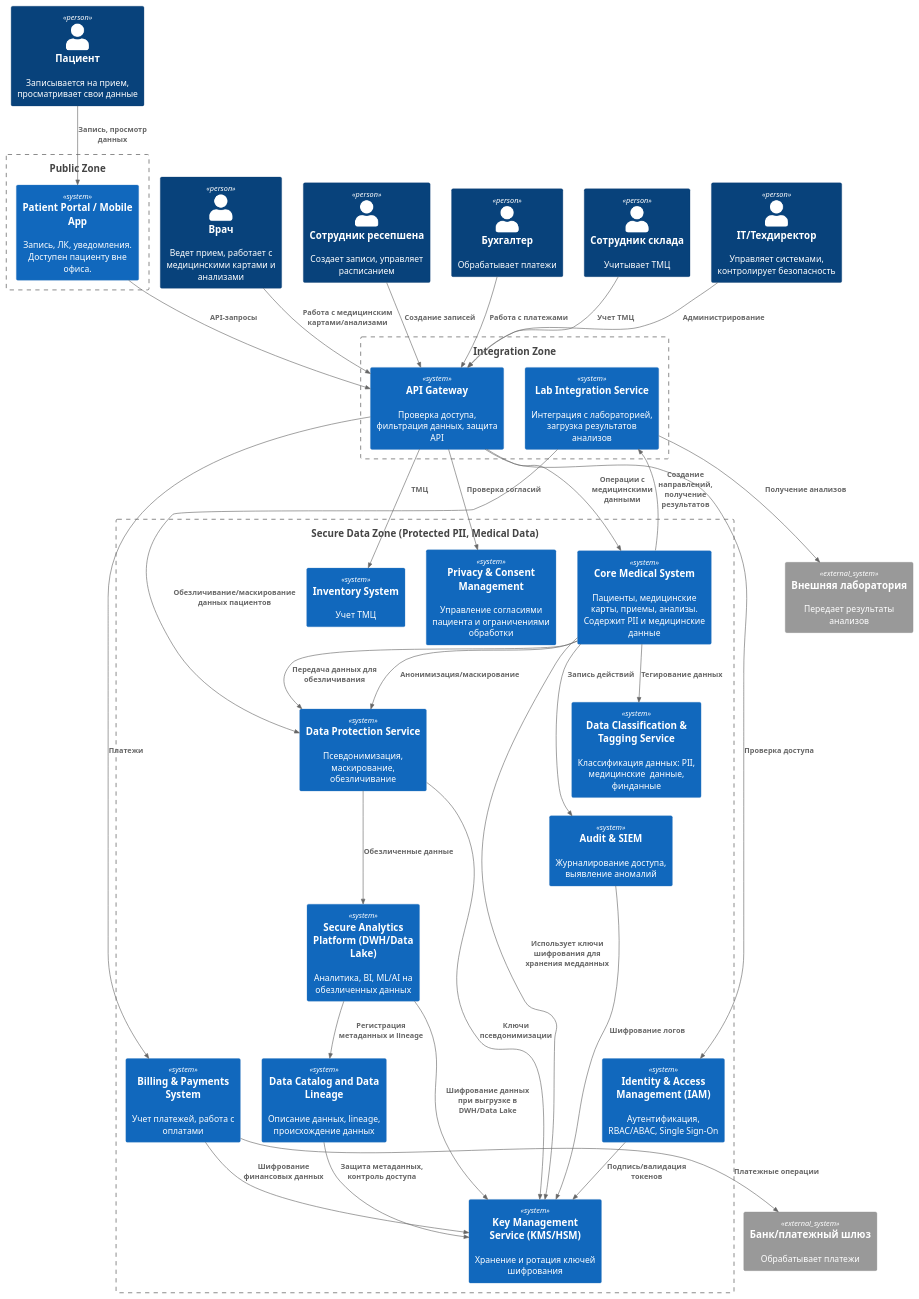
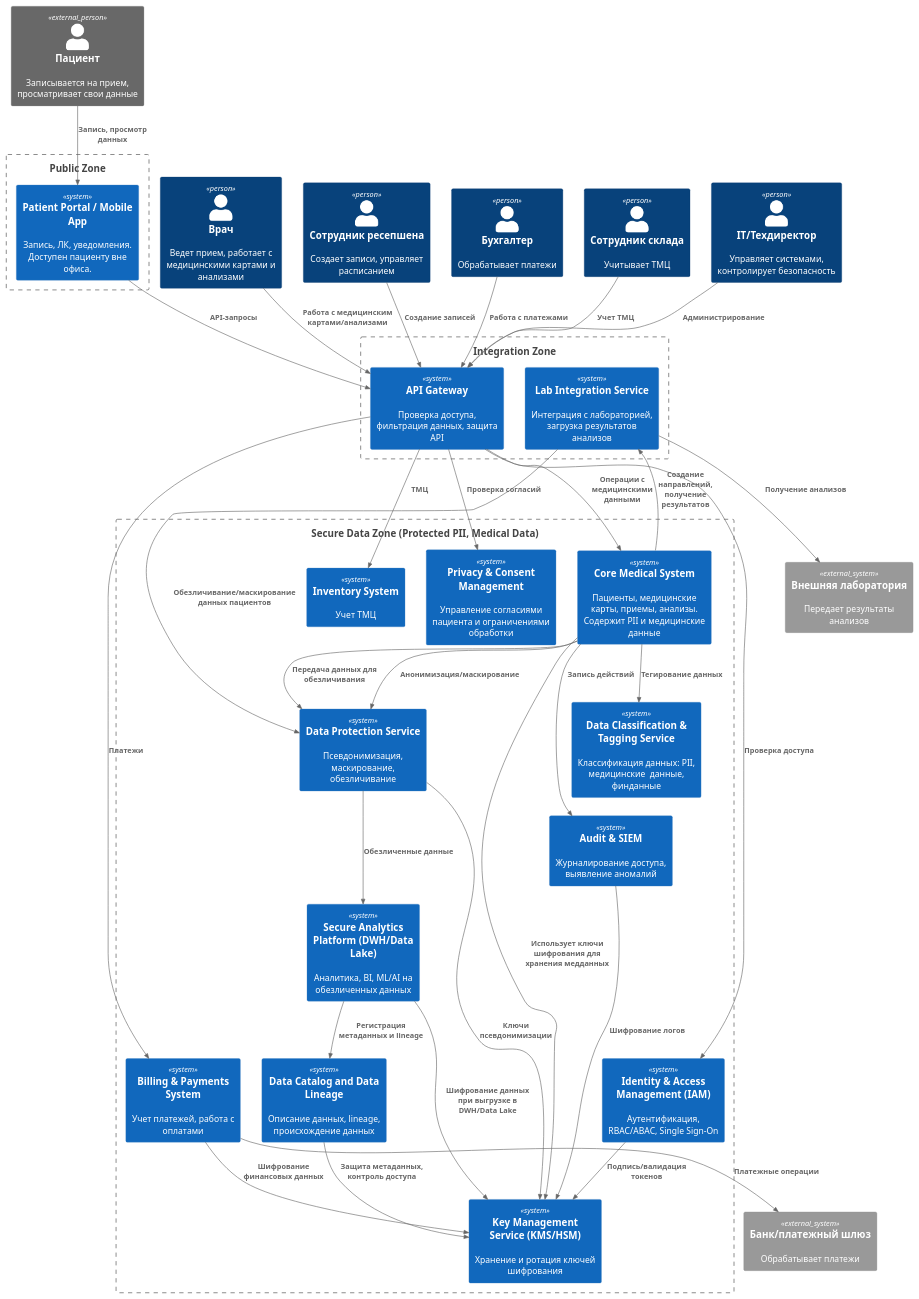
One commit to exbicoitstudy/architecture-medikamente changed the diagram in Task2/context_diagram.puml. Above: the diagram before and after it, drawn with PlantUML. The commit also changed 1 other file, not shown here.

Commit message:
Диаграммы потоков

```diff
--- a/Task2/context_diagram.puml
+++ b/Task2/context_diagram.puml
@@ -1,89 +1,89 @@
 @startuml C4_Context
 !include https://raw.githubusercontent.com/plantuml-stdlib/C4-PlantUML/master/C4_Context.puml
 
-Person(patient, "Пациент", "Записывается на прием, просматривает свои данные")
+Person_Ext(patient, "Пациент", "Записывается на прием, просматривает свои данные")
 Person(doctor, "Врач", "Ведет прием, работает с медицинскими картами и анализами")
 Person(reception, "Сотрудник ресепшена", "Создает записи, управляет расписанием")
 Person(accountant, "Бухгалтер", "Обрабатывает платежи")
 Person(warehouse, "Сотрудник склада", "Учитывает ТМЦ")
 Person(admin, "IT/Техдиректор", "Управляет системами, контролирует безопасность")
 
 System_Ext(lab, "Внешняя лаборатория", "Передает результаты анализов")
 
 System_Ext(bank, "Банк/платежный шлюз", "Обрабатывает платежи")
 
 Boundary(publicZone, "Public Zone") {
     System(patientPortal, "Patient Portal / Mobile App", "Запись, ЛК, уведомления. Доступен пациенту вне офиса.")
 }
 
 
 Boundary(dmzZone, "Integration Zone") {
     System(apiGateway, "API Gateway", "Проверка доступа, фильтрация данных, защита API")
     System(labIntegration, "Lab Integration Service", "Интеграция с лабораторией, загрузка результатов анализов")
 }
 
 
 Boundary(secureZone, "Secure Data Zone (Protected PII, Medical Data)") {
 
     System(coreMedical, "Core Medical System", "Пациенты, медицинские карты, приемы, анализы. Содержит PII и медицинские данные")
 
     System(billing, "Billing & Payments System", "Учет платежей, работа с оплатами")
 
     System(inventory, "Inventory System", "Учет ТМЦ")
 
     System(securityIAM, "Identity & Access Management (IAM)", "Аутентификация, RBAC/ABAC, Single Sign-On")
 
     System(consent, "Privacy & Consent Management", "Управление согласиями пациента и ограничениями обработки")
 
     System(dataTagging, "Data Classification & Tagging Service", "Классификация данных: PII, медицинские  данные, финданные")
 
     System(dataProtection, "Data Protection Service", "Псевдонимизация, маскирование, обезличивание")
 
     System(kms, "Key Management Service (KMS/HSM)", "Хранение и ротация ключей шифрования")
 
     System(audit, "Audit & SIEM", "Журналирование доступа, выявление аномалий")
 
     System(dataPlatform, "Secure Analytics Platform (DWH/Data Lake)", "Аналитика, BI, ML/AI на обезличенных данных")
 
     System(dataCatalog, "Data Catalog and Data Lineage", "Описание данных, lineage, происхождение данных")
 }
 
 
 Rel(patient, patientPortal, "Запись, просмотр данных")
 Rel(patientPortal, apiGateway, "API-запросы")
 
 Rel(doctor, apiGateway, "Работа с медицинским картами/анализами")
 Rel(reception, apiGateway, "Создание записей")
 Rel(accountant, apiGateway, "Работа с платежами")
 Rel(warehouse, apiGateway, "Учет ТМЦ")
 Rel(admin, apiGateway, "Администрирование")
 
 Rel(apiGateway, securityIAM, "Проверка доступа")
 Rel(apiGateway, consent, "Проверка согласий")
 Rel(apiGateway, coreMedical, "Операции с медицинскими данными")
 Rel(apiGateway, billing, "Платежи")
 Rel(apiGateway, inventory, "ТМЦ")
 
 Rel(coreMedical, dataTagging, "Тегирование данных")
 Rel(coreMedical, dataProtection, "Анонимизация/маскирование")
 Rel(coreMedical, audit, "Запись действий")
 
 Rel(coreMedical, dataProtection, "Передача данных для обезличивания")
 Rel(dataProtection, dataPlatform, "Обезличенные данные")
 Rel(dataPlatform, dataCatalog, "Регистрация метаданных и lineage")
 
 Rel(labIntegration, lab, "Получение анализов")
 Rel(billing, bank, "Платежные операции")
 
 Rel(coreMedical, kms, "Использует ключи шифрования для хранения медданных")
 Rel(billing, kms, "Шифрование финансовых данных")
 Rel(securityIAM, kms, "Подпись/валидация токенов")
 Rel(dataProtection, kms, "Ключи псевдонимизации")
 Rel(audit, kms, "Шифрование логов")
 Rel(dataPlatform, kms, "Шифрование данных при выгрузке в DWH/Data Lake")
 Rel(dataCatalog, kms, "Защита метаданных, контроль доступа")
 
 Rel(coreMedical, labIntegration, "Создание направлений, получение результатов")
 Rel(labIntegration, dataProtection, "Обезличивание/маскирование данных пациентов")
 
 @enduml
```
